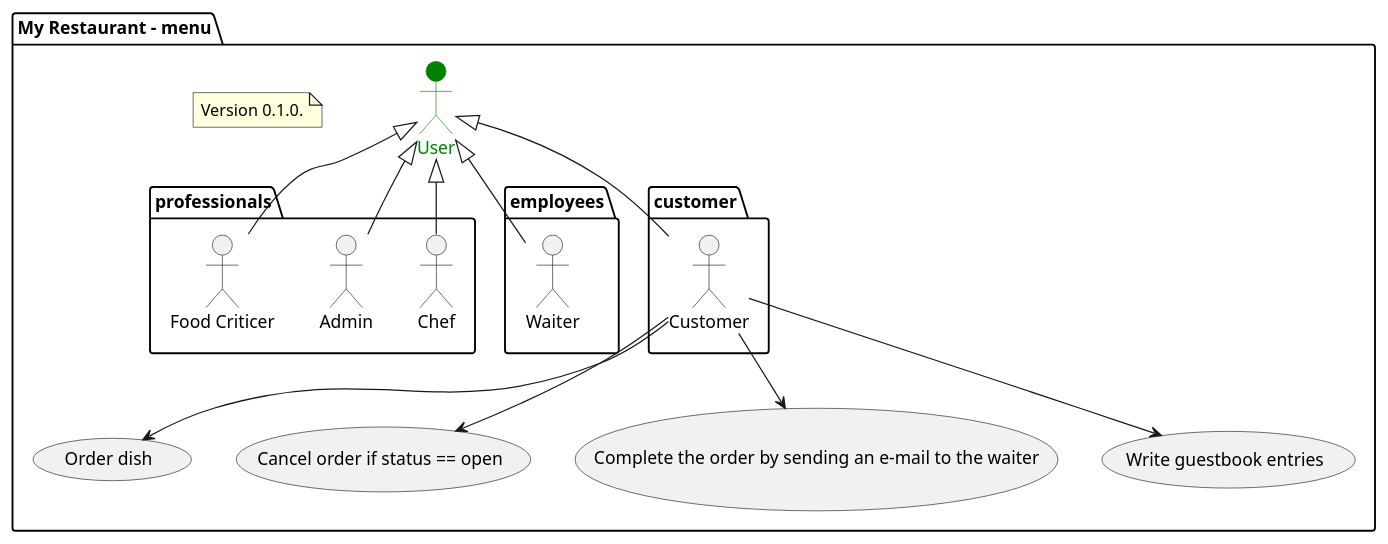
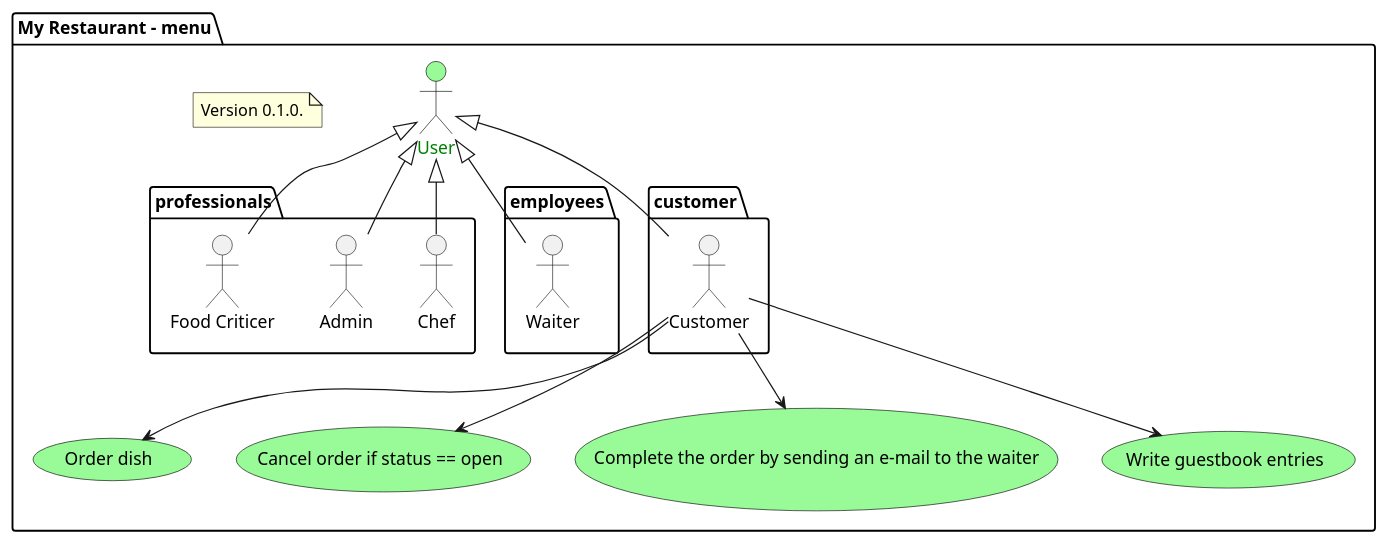
The diagram in public/doc/UCD-customer_v1.plantuml (tonisun/menu), drawn with PlantUML before and after one commit. The commit also changed 1 other file, not shown here.

```diff
--- a/public/doc/UCD-customer_v1.plantuml
+++ b/public/doc/UCD-customer_v1.plantuml
@@ -1,39 +1,39 @@
 @startuml
 package "My Restaurant - menu" {
     
-    actor User as u #green;line:green;text:green;
+    actor User as u #palegreen;line:black;text:green;
 
     package professionals {
         actor Chef as ch
         actor Admin as a
         actor "Food Criticer" as fc
     }
     package employees {
         
         actor Waiter as w
     }
     package customer {
         actor Customer as c  
     }
 
     note "Version 0.1.0." as n1 
 
     u <|-- c
     u <|-- w
     u <|-- a
     u <|-- ch
     u <|-- fc
 
-    usecase "Order dish" as UC0
-    usecase "Cancel order if status == open" as UC1
-    usecase "Complete the order by sending an e-mail to the waiter" as UC2
-    usecase "Write guestbook entries" as UC3
+    usecase "Order dish" as UC0 #palegreen;line:black;text:black;
+    usecase "Cancel order if status == open" as UC1 #palegreen;line:black;text:black;
+    usecase "Complete the order by sending an e-mail to the waiter" as UC2 #palegreen;line:black;text:black;
+    usecase "Write guestbook entries" as UC3 #palegreen;line:black;text:black;
 
     c --> UC0
     c --> UC1
     c --> UC2
     c --> UC3
 }
 
 
 @enduml
```
